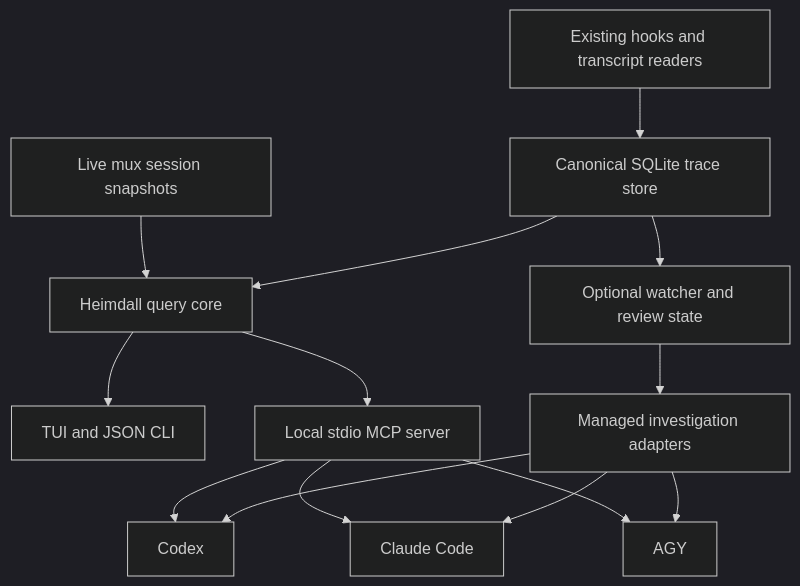
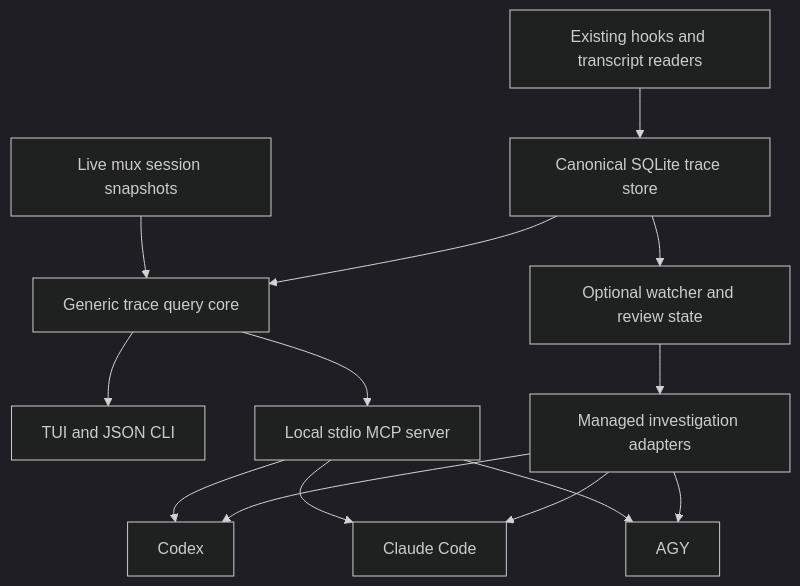
One commit to silviolucasfilho-personal/agent-mux changed the diagram in docs/superpowers/specs/2026-09-14-heimdall-agent-service-design.md. Above: the diagram before and after it, drawn with Mermaid (dark theme). The commit also changed other lines of this file, not shown here.

````diff
--- a/docs/superpowers/specs/2026-09-14-heimdall-agent-service-design.md
+++ b/docs/superpowers/specs/2026-09-14-heimdall-agent-service-design.md
@@ -57,16 +59,16 @@
 ```mermaid
 flowchart TD
     H[Existing hooks and transcript readers] --> DB[Canonical SQLite trace store]
-    L[Live mux session snapshots] --> Q[Heimdall query core]
+    L[Live mux session snapshots] --> Q[Generic trace query core]
     DB --> Q
     Q --> UI[TUI and JSON CLI]
     Q --> MCP[Local stdio MCP server]
     MCP --> C[Codex]
     MCP --> A[Claude Code]
     MCP --> G[AGY]
     DB --> W[Optional watcher and review state]
     W --> R[Managed investigation adapters]
     R --> C
     R --> A
     R --> G
 ```
````
